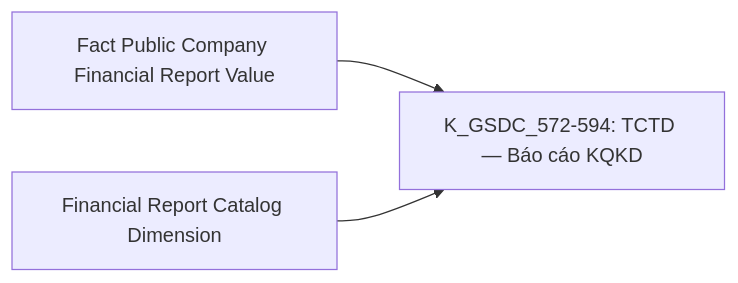
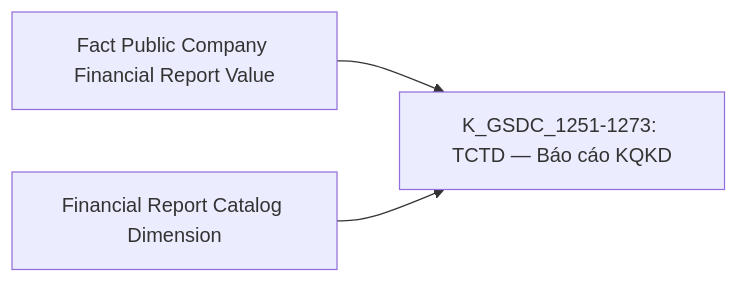
Before and after one commit to linhlvit/ubck_atomic_design: diagram 44 of 55 in Datamart/hld/DTM_GSDC_HLD.md, drawn with Mermaid. The commit also changed other lines of this file and 2 other files, not shown here.

Commit message:
update GSDC

````diff
--- a/Datamart/hld/DTM_GSDC_HLD.md
+++ b/Datamart/hld/DTM_GSDC_HLD.md
@@ -2413,5 +2429,5 @@
 ```mermaid
 flowchart LR
-    fct_pc_fr_val_g28["Fact Public Company Financial Report Value"] --> R28["K_GSDC_572-594: TCTD — Báo cáo KQKD"]
+    fct_pc_fr_val_g28["Fact Public Company Financial Report Value"] --> R28["K_GSDC_1251-1273: TCTD — Báo cáo KQKD"]
     financial_rpt_catalog_dim_g28["Financial Report Catalog Dimension"] --> R28
 ```
````
